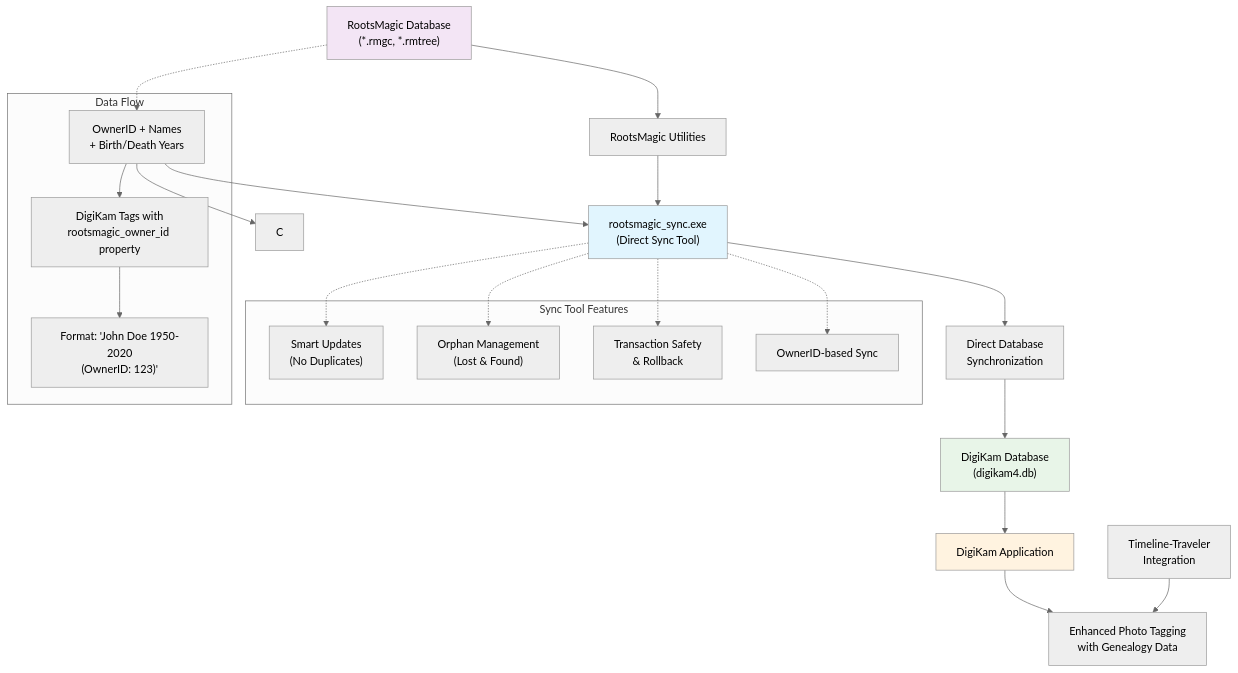
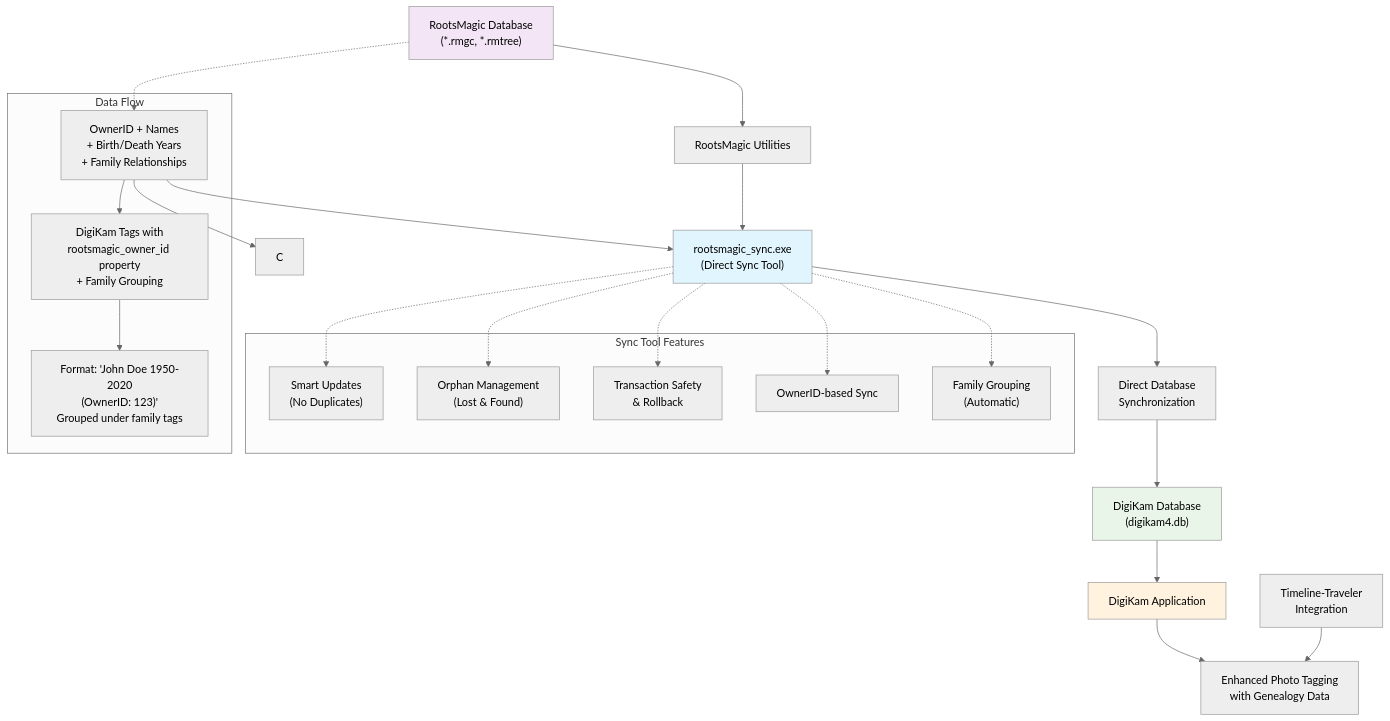
One commit to shuskey/RootsMagicUtilities changed the diagram in README.md. Above: the diagram before and after it, drawn with Mermaid (neutral theme). The commit also changed other lines of this file and 2 other files, not shown here.

````diff
--- a/README.md
+++ b/README.md
@@ -12,40 +13,42 @@
 ```mermaid
 graph TD
     A["RootsMagic Database<br/>(*.rmgc, *.rmtree)"] --> B["RootsMagic Utilities"]
     
     B --> D["rootsmagic_sync.exe<br/>(Direct Sync Tool)"]
     
     D --> H["Direct Database<br/>Synchronization"]
     H --> G["DigiKam Database<br/>(digikam4.db)"]
     
     G --> I["DigiKam Application"]
     I --> J["Enhanced Photo Tagging<br/>with Genealogy Data"]
     
     K["Timeline-Traveler<br/>Integration"] --> J
     
     subgraph "Sync Tool Features"
         L["Smart Updates<br/>(No Duplicates)"]
         M["Orphan Management<br/>(Lost & Found)"]
         N["Transaction Safety<br/>& Rollback"]
         P["OwnerID-based Sync"]
+        F["Family Grouping<br/>(Automatic)"]
     end
     
     D -.-> L
     D -.-> M
     D -.-> N
     D -.-> P
+    D -.-> F
     
     subgraph "Data Flow"
-        Q["OwnerID + Names<br/>+ Birth/Death Years"] --> R["DigiKam Tags with<br/>rootsmagic_owner_id property"]
-        R --> S["Format: 'John Doe 1950-2020<br/>(OwnerID: 123)'"]
+        Q["OwnerID + Names<br/>+ Birth/Death Years<br/>+ Family Relationships"] --> R["DigiKam Tags with<br/>rootsmagic_owner_id property<br/>+ Family Grouping"]
+        R --> S["Format: 'John Doe 1950-2020<br/>(OwnerID: 123)'<br/>Grouped under family tags"]
     end
     
     A -.-> Q
     Q --> D
     Q --> C
     
     style D fill:#e1f5fe
     style A fill:#f3e5f5
     style G fill:#e8f5e8
     style I fill:#fff3e0
 ```
````
